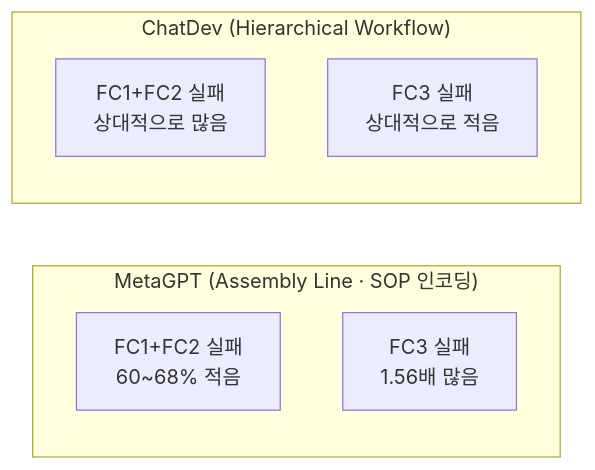
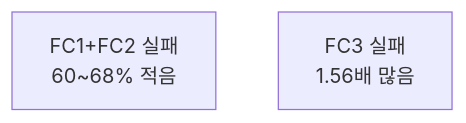
One commit to pheeree/pheeree.github.io changed the second of 3 diagrams in _posts/2026-06-09-mast-multi-agent-failure-taxonomy.md. Above: the diagram before and after it, drawn with Mermaid. The commit also changed other lines of this file and 10 other files, not shown here.

First line of the commit message:
fix: mermaid subgraph 규약 전면 소급 적용 (10편)

````diff
--- a/_posts/2026-06-09-mast-multi-agent-failure-taxonomy.md
+++ b/_posts/2026-06-09-mast-multi-agent-failure-taxonomy.md
@@ -87,11 +89,5 @@
 ```mermaid
-flowchart LR
-  subgraph META["MetaGPT (Assembly Line · SOP 인코딩)"]
-    M1["FC1+FC2 실패\n60~68% 적음"]
-    M2["FC3 실패\n1.56배 많음"]
-  end
-  subgraph CHAT["ChatDev (Hierarchical Workflow)"]
-    C1["FC1+FC2 실패\n상대적으로 많음"]
-    C2["FC3 실패\n상대적으로 적음"]
-  end
+flowchart TB
+  M1["FC1+FC2 실패\n60~68% 적음"]
+  M2["FC3 실패\n1.56배 많음"]
 ```
````
